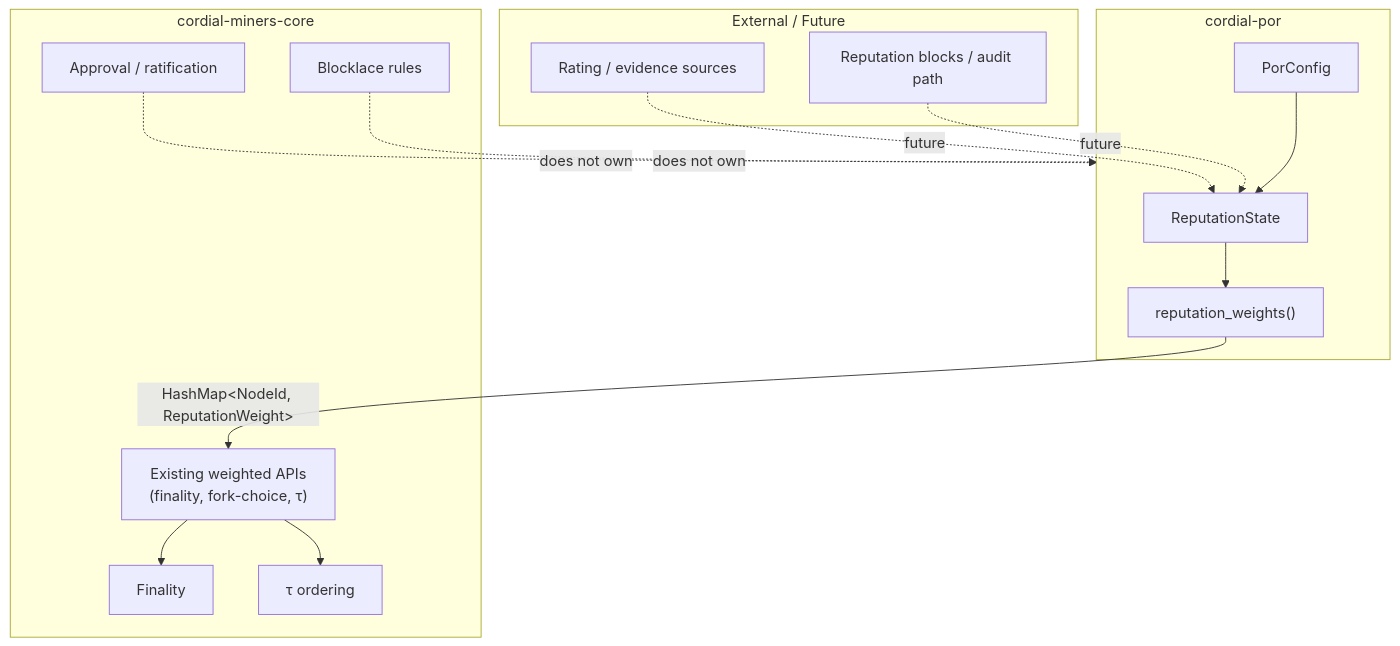
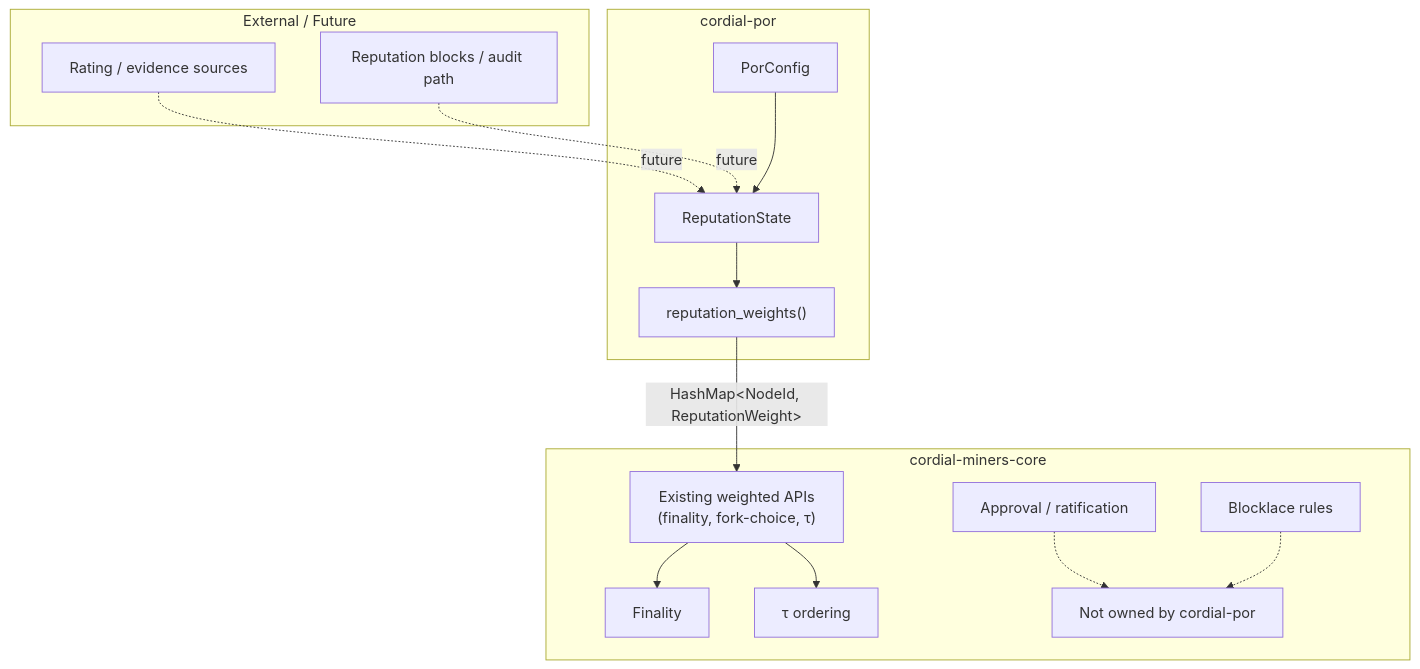
The first of 2 diagrams in crates/cordial-por/docs/00-architecture.md (TesfamichaelA-code/cordial-f1r3node), drawn with Mermaid before and after one commit. The commit also changed other lines of this file, not shown here.

Commit message:
docs: updated cordial-por high level and internal architecture diagram

````diff
--- a/crates/cordial-por/docs/00-architecture.md
+++ b/crates/cordial-por/docs/00-architecture.md
@@ -20,31 +19,36 @@
 ```mermaid
 flowchart TD
+
     subgraph External["External / Future"]
         Ratings["Rating / evidence sources"]
         Audit["Reputation blocks / audit path"]
     end
 
     subgraph PoR["cordial-por"]
+        Config["PorConfig"]
         State["ReputationState"]
-        Config["PorConfig"]
         Export["reputation_weights()"]
     end
 
     subgraph Core["cordial-miners-core"]
-        Weighted["Existing weighted APIs\n(finality, fork-choice, τ)"]
+        Weighted["Existing weighted APIs<br/>(finality, fork-choice, τ)"]
         Finality["Finality"]
         Tau["τ ordering"]
         Approval["Approval / ratification"]
         Blocklace["Blocklace rules"]
+        Ownership["Not owned by cordial-por"]
     end
 
     Ratings -.->|future| State
     Audit -.->|future| State
+
     Config --> State
     State --> Export
     Export -->|"HashMap&lt;NodeId, ReputationWeight&gt;"| Weighted
+
     Weighted --> Finality
     Weighted --> Tau
-    Approval -.->|does not own| PoR
-    Blocklace -.->|does not own| PoR
+
+    Approval -.-> Ownership
+    Blocklace -.-> Ownership
 ```
````
